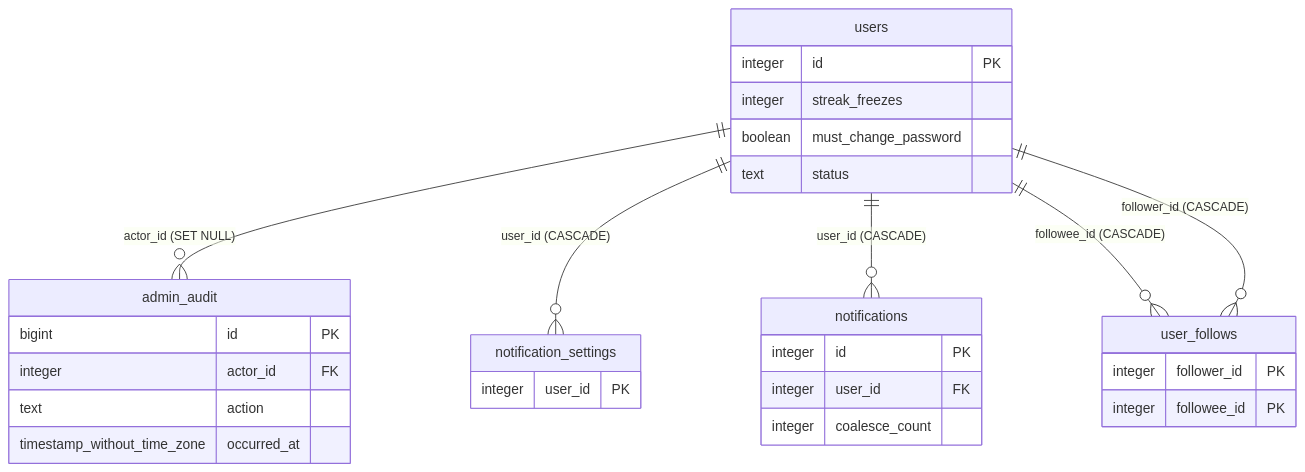
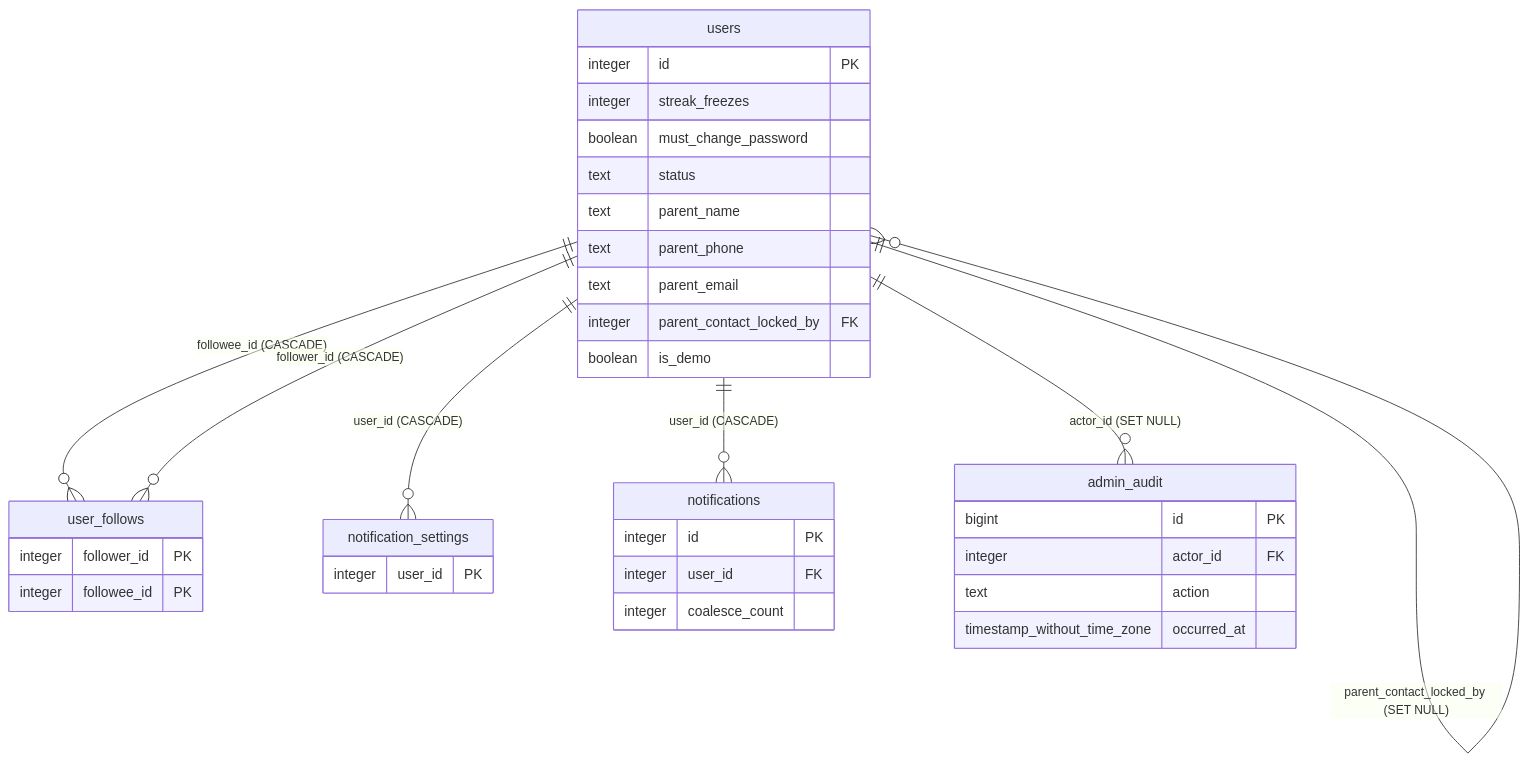
The second of 9 diagrams in docs/KIEN_TRUC/ERD.md (PCBoiz/PE_hsa), drawn with Mermaid before and after one commit. The commit also changed other lines of this file and 6 other files, not shown here.

````diff
--- a/docs/KIEN_TRUC/ERD.md
+++ b/docs/KIEN_TRUC/ERD.md
@@ -37,32 +40,38 @@
 ```mermaid
 erDiagram
   users {
     integer id PK
     integer streak_freezes 
     boolean must_change_password 
     text status 
+    text parent_name 
+    text parent_phone 
+    text parent_email 
+    integer parent_contact_locked_by FK
+    boolean is_demo 
   }
   user_follows {
     integer follower_id PK
     integer followee_id PK
   }
   notification_settings {
     integer user_id PK
   }
   notifications {
     integer id PK
     integer user_id FK
     integer coalesce_count 
   }
   admin_audit {
     bigint id PK
     integer actor_id FK
     text action 
     timestamp_without_time_zone occurred_at 
   }
   users ||--o{ admin_audit : "actor_id (SET NULL)"
   users ||--o{ notification_settings : "user_id (CASCADE)"
   users ||--o{ notifications : "user_id (CASCADE)"
   users ||--o{ user_follows : "followee_id (CASCADE)"
   users ||--o{ user_follows : "follower_id (CASCADE)"
+  users ||--o{ users : "parent_contact_locked_by (SET NULL)"
 ```
````
